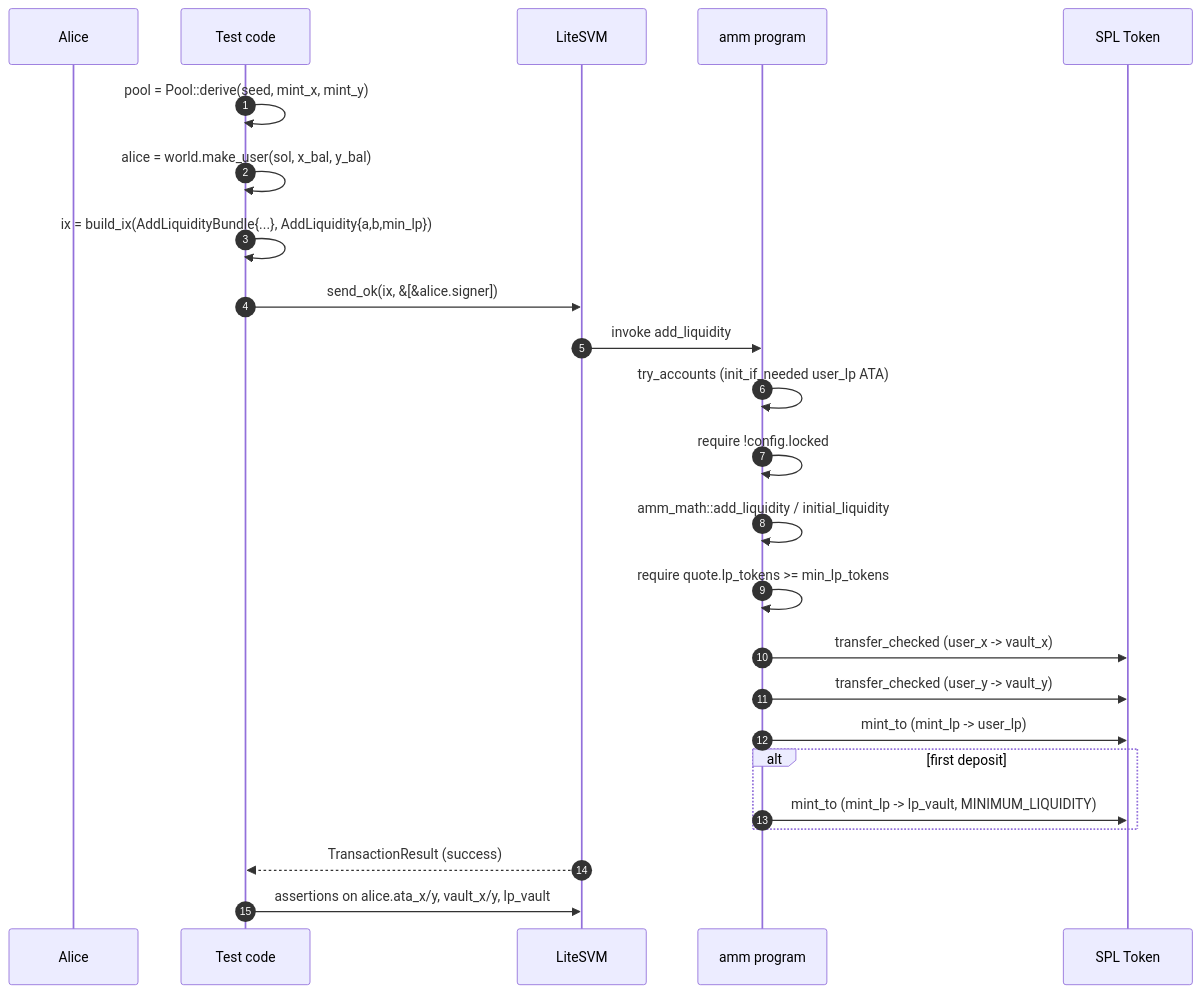
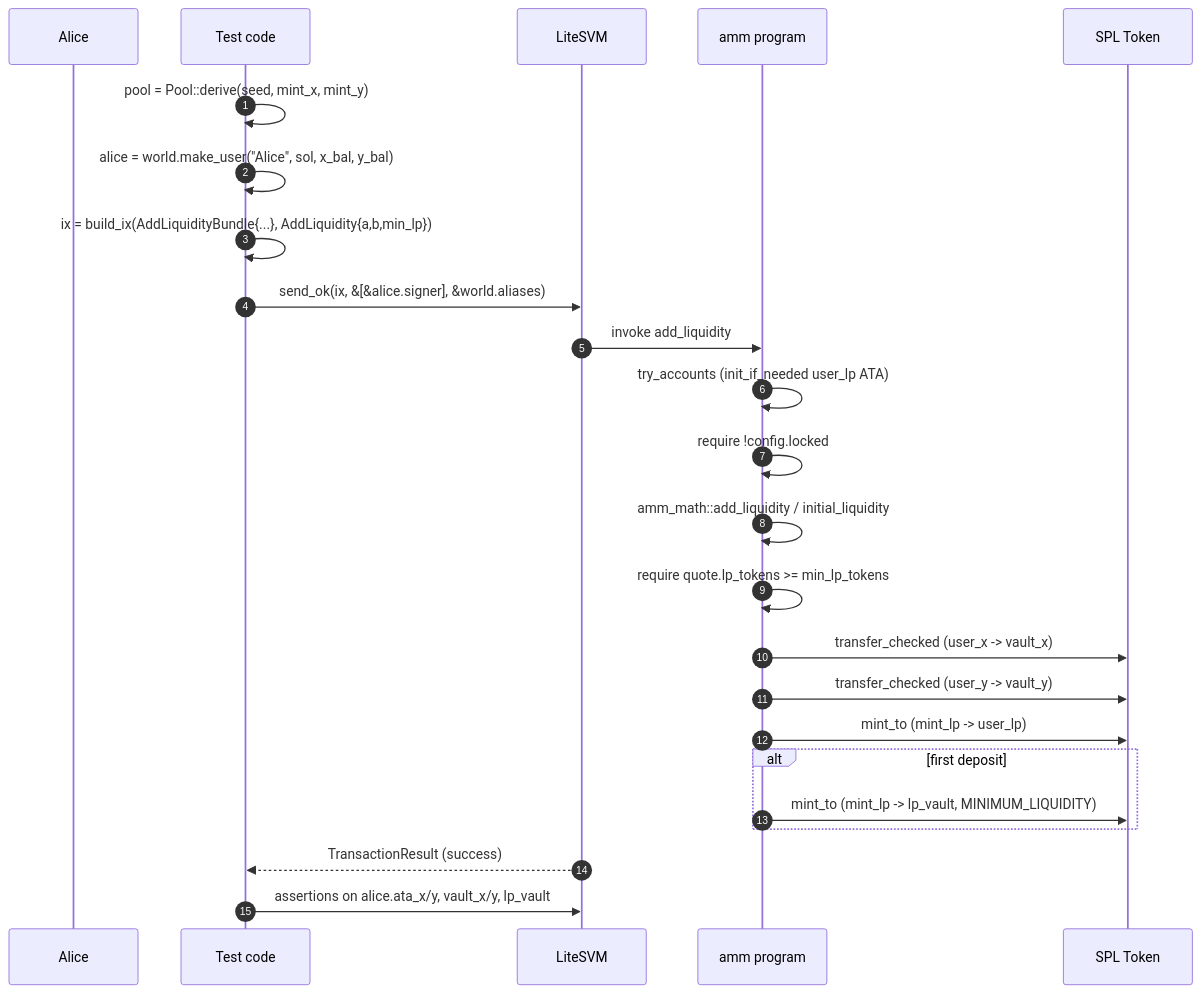
Before and after one commit to cds-turbin3/builder-02-amm: the third of 6 diagrams in docs/testing.md, drawn with Mermaid. The commit also changed other lines of this file and 11 other files, not shown here.

````diff
--- a/docs/testing.md
+++ b/docs/testing.md
@@ -138,27 +138,27 @@
 ```mermaid
 sequenceDiagram
     autonumber
     participant Alice
     participant Test as Test code
     participant SVM as LiteSVM
     participant Amm as amm program
     participant Token as SPL Token
 
     Test->>Test: pool = Pool::derive(seed, mint_x, mint_y)
-    Test->>Test: alice = world.make_user(sol, x_bal, y_bal)
+    Test->>Test: alice = world.make_user("Alice", sol, x_bal, y_bal)
     Test->>Test: ix = build_ix(AddLiquidityBundle{...}, AddLiquidity{a,b,min_lp})
-    Test->>SVM: send_ok(ix, &[&alice.signer])
+    Test->>SVM: send_ok(ix, &[&alice.signer], &world.aliases)
     SVM->>Amm: invoke add_liquidity
     Amm->>Amm: try_accounts (init_if_needed user_lp ATA)
     Amm->>Amm: require !config.locked
     Amm->>Amm: amm_math::add_liquidity / initial_liquidity
     Amm->>Amm: require quote.lp_tokens >= min_lp_tokens
     Amm->>Token: transfer_checked (user_x -> vault_x)
     Amm->>Token: transfer_checked (user_y -> vault_y)
     Amm->>Token: mint_to (mint_lp -> user_lp)
     alt first deposit
         Amm->>Token: mint_to (mint_lp -> lp_vault, MINIMUM_LIQUIDITY)
     end
     SVM-->>Test: TransactionResult (success)
     Test->>SVM: assertions on alice.ata_x/y, vault_x/y, lp_vault
 ```
````
